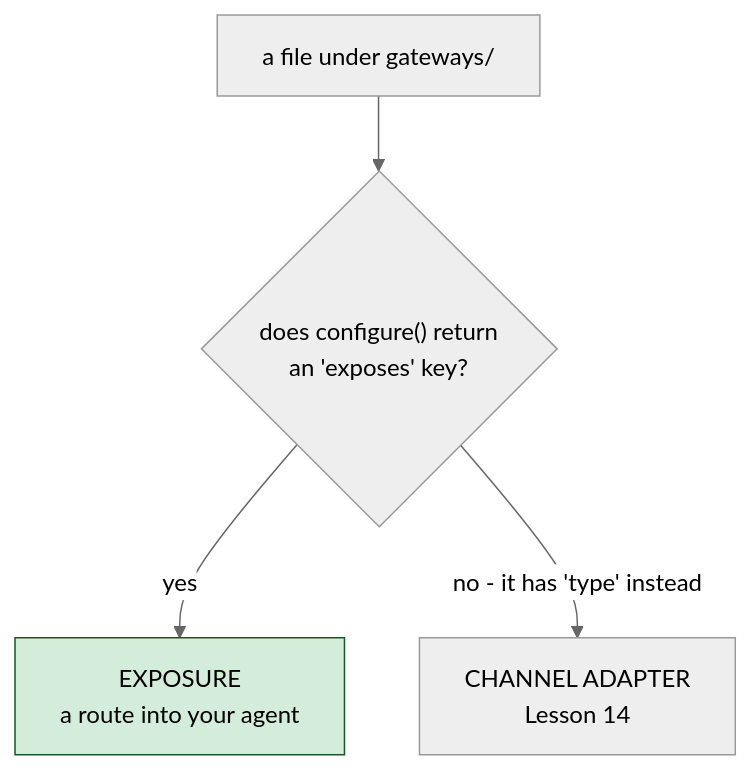
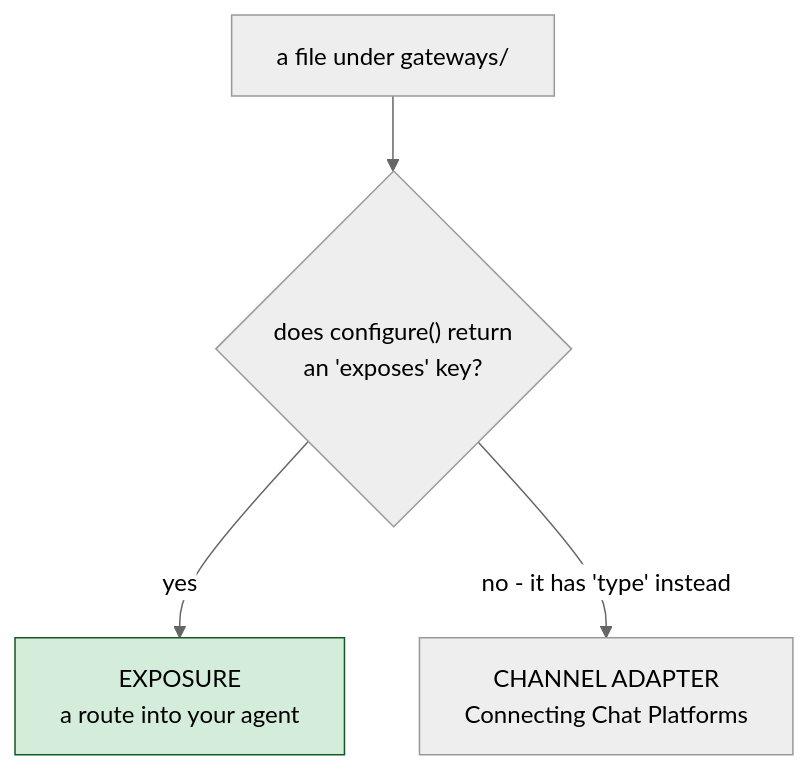
The diagram in next/course/13-exposing-http-and-mcp.md (ortus-boxlang/bx-agents), drawn with Mermaid (neutral theme) before and after one commit. The commit also changed other lines of this file and 398 other files, not shown here.

````diff
--- a/next/course/13-exposing-http-and-mcp.md
+++ b/next/course/13-exposing-http-and-mcp.md
@@ -16,8 +16,8 @@
 ```mermaid
 flowchart TD
     F["a file under gateways/"] --> Q{"does configure() return<br/>an 'exposes' key?"}
     Q -->|"yes"| E["EXPOSURE<br/>a route into your agent"]
-    Q -->|"no - it has 'type' instead"| C["CHANNEL ADAPTER<br/>Lesson 14"]
+    Q -->|"no - it has 'type' instead"| C["CHANNEL ADAPTER<br/>Connecting Chat Platforms"]
 
     style E fill:#d4edda,stroke:#155724
 ```
````
